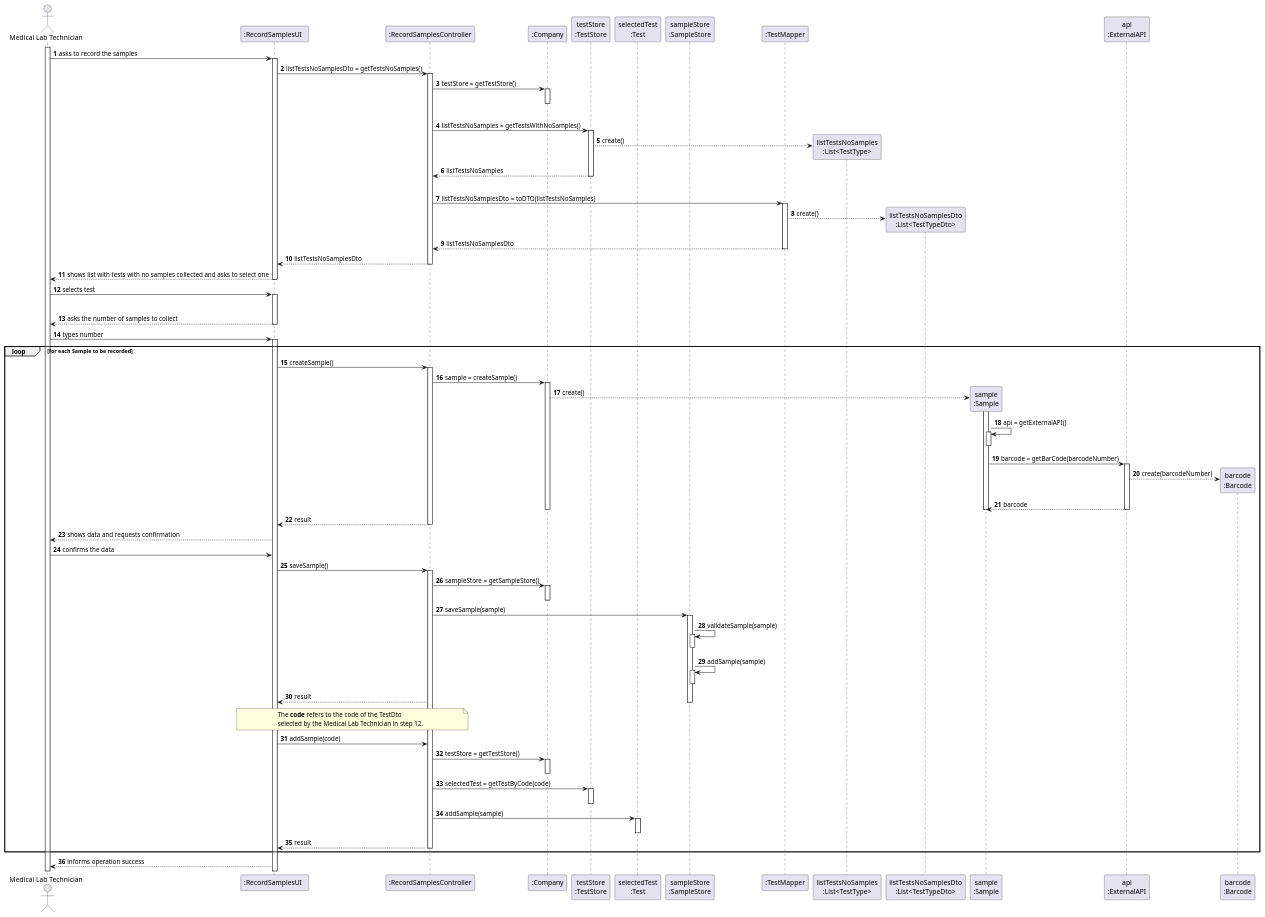
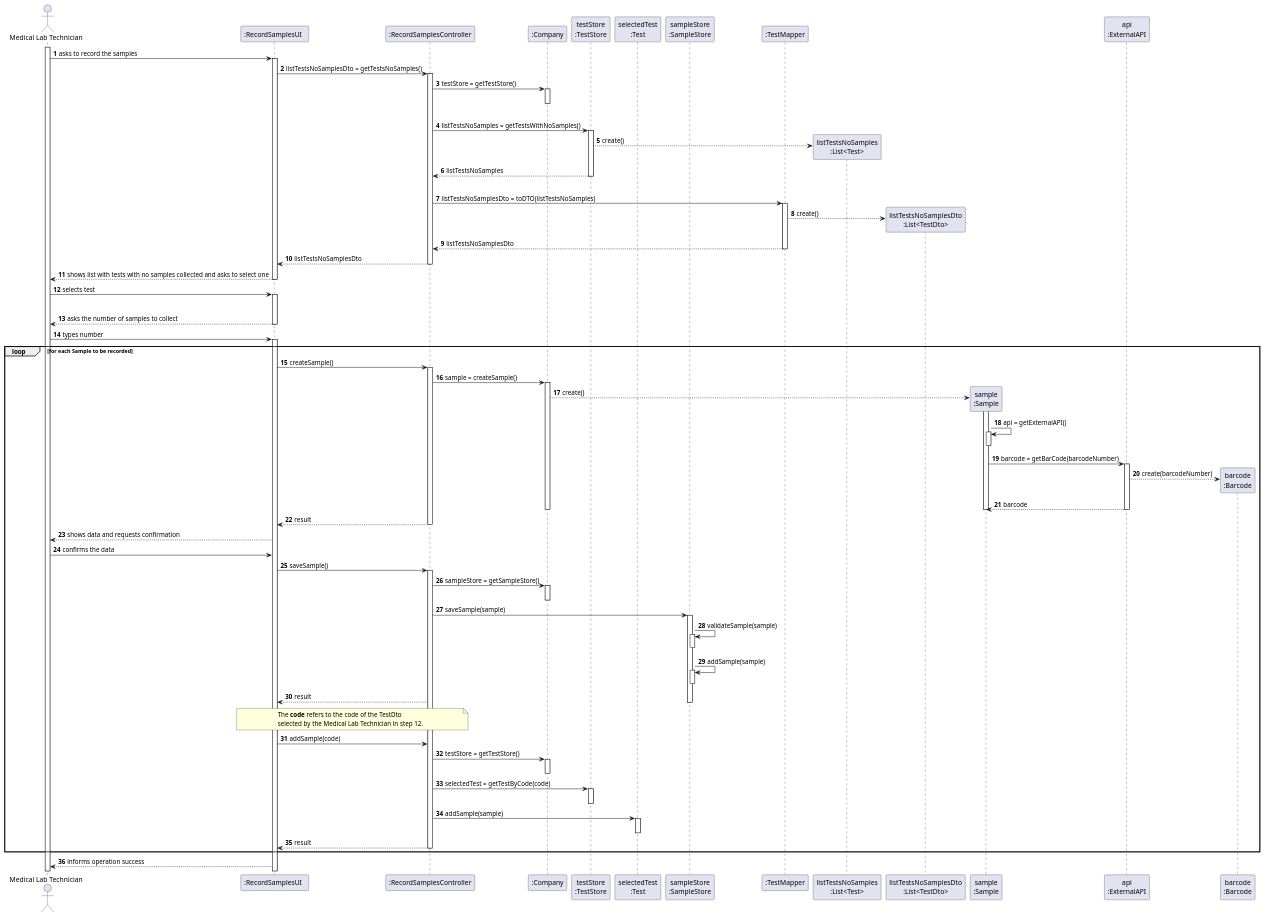
Before and after one commit to ana-albergaria/LAPR2-ISEP: the diagram in docs/SprintC/US_5/US5_SD.puml, drawn with PlantUML. The commit also changed 8 other files, not shown here.

```diff
--- a/docs/SprintC/US_5/US5_SD.puml
+++ b/docs/SprintC/US_5/US5_SD.puml
@@ -1,192 +1,192 @@
 @startuml
 
 autonumber
 
 actor "Medical Lab Technician" as MLT
 
 participant ":RecordSamplesUI  " as UI
 participant ":RecordSamplesController" as CTRL
 participant ":Company" as COMPANY
 participant "testStore\n:TestStore" as TEST_STORE
 participant "selectedTest\n:Test" as SELECTED_TEST
 participant "sampleStore\n:SampleStore" as SAMPLE_STORE
 participant ":TestMapper" as TEST_MAPPER
-participant "listTestsNoSamples\n:List<TestType>" as LIST_TESTS_NO_SAMPLES
-participant "listTestsNoSamplesDto\n:List<TestTypeDto>" as LIST_TESTS_NO_SAMPLES_DTO
+participant "listTestsNoSamples\n:List<Test>" as LIST_TESTS_NO_SAMPLES
+participant "listTestsNoSamplesDto\n:List<TestDto>" as LIST_TESTS_NO_SAMPLES_DTO
 participant "sample\n:Sample" as SAMPLE
 participant "api\n:ExternalAPI" as API
 participant "barcode\n:Barcode" as BARCODE
 
 activate MLT
 MLT -> UI : asks to record the samples
 activate UI
 
 UI -> CTRL : listTestsNoSamplesDto = getTestsNoSamples()
 activate CTRL
 
 CTRL -> COMPANY : testStore = getTestStore()
 activate COMPANY
 |||
 deactivate COMPANY
 
 CTRL -> TEST_STORE : listTestsNoSamples = getTestsWithNoSamples()
 activate TEST_STORE
 
 TEST_STORE --> LIST_TESTS_NO_SAMPLES** : create()
 
 TEST_STORE --> CTRL : listTestsNoSamples
 deactivate TEST_STORE
 |||
 
 CTRL -> TEST_MAPPER : listTestsNoSamplesDto = toDTO(listTestsNoSamples)
 activate TEST_MAPPER
 
 TEST_MAPPER --> LIST_TESTS_NO_SAMPLES_DTO** : create()
 
 TEST_MAPPER --> CTRL : listTestsNoSamplesDto
 deactivate TEST_MAPPER
 
 CTRL --> UI : listTestsNoSamplesDto
 deactivate CTRL
 
 UI --> MLT : shows list with tests with no samples collected and asks to select one
 deactivate UI
 
 
 MLT -> UI : selects test
 activate UI
 
 /'UI -> UI : selectedTestDto = (TestDto) Utils.showAndSelectOne(listTestWithNoSamplesDto, "msg")
 activate UI
 deactivate UI'/
 
 /'note over UI, CTRL
 The **code** refers to the code of the TestDto
 selected by the Medical Lab Technician.
 end note
 UI -> CTRL : selectedTest = getTestByCode(code)
 activate CTRL
 
 CTRL -> COMPANY : testStore = getTestStore()
 activate COMPANY
 deactivate COMPANY
 
 CTRL -> TEST_STORE : selectedTest = getTestByCode(code)
 activate TEST_STORE
 TEST_STORE --> SELECTED_TEST** : create()
 TEST_STORE --> CTRL : selectedTest
 deactivate TEST_STORE
 
 CTRL --> UI : selectedTest'/
 
 deactivate CTRL
 
 
 UI --> MLT : asks the number of samples to collect
 deactivate UI
 
 MLT -> UI : types number
 activate UI
 
 loop for each Sample to be recorded
 UI -> CTRL : createSample()
 activate CTRL
 
 CTRL -> COMPANY : sample = createSample()
 activate COMPANY
 
 COMPANY --> SAMPLE** : create()
 
 
 activate SAMPLE
 
 
 SAMPLE -> SAMPLE : api = getExternalAPI()
 activate SAMPLE
 deactivate SAMPLE
 
 
 
 SAMPLE -> API : barcode = getBarCode(barcodeNumber)
 activate API
 
 API --> BARCODE** : create(barcodeNumber)
 
 API --> SAMPLE : barcode
 deactivate SAMPLE
 deactivate COMPANY
 deactivate API
 
 CTRL --> UI : result
 deactivate CTRL
 
 
 
 UI --> MLT : shows data and requests confirmation
 
 MLT -> UI : confirms the data
 
 UI -> CTRL : saveSample()
 activate CTRL
 
 CTRL -> COMPANY : sampleStore = getSampleStore()
 activate COMPANY
 deactivate COMPANY
 
 CTRL -> SAMPLE_STORE : saveSample(sample)
 activate SAMPLE_STORE
 
 
 SAMPLE_STORE -> SAMPLE_STORE : validateSample(sample)
 activate SAMPLE_STORE
 deactivate SAMPLE_STORE
 
 SAMPLE_STORE -> SAMPLE_STORE : addSample(sample)
 activate SAMPLE_STORE
 deactivate SAMPLE_STORE
 
 CTRL --> UI : result
 
 deactivate SAMPLE_STORE
 
 
 
 note over UI, CTRL
 The **code** refers to the code of the TestDto
 selected by the Medical Lab Technician in step 12.
 end note
 UI -> CTRL : addSample(code)
 
 
 
 
 CTRL -> COMPANY : testStore = getTestStore()
 activate COMPANY
 deactivate COMPANY
 
 CTRL -> TEST_STORE : selectedTest = getTestByCode(code)
 activate TEST_STORE
 deactivate TEST_STORE
 
 CTRL -> SELECTED_TEST : addSample(sample)
 activate SELECTED_TEST
 deactivate SELECTED_TEST
 
 
 /'dentro do método addSample, vai-se verificar se a sample já está lá?'/
 
 CTRL --> UI : result
 
 deactivate CTRL
 
 end
 
 UI --> MLT : informs operation success
 
 
 /'colocar requests confirmation
 e confirms the data em cima'/
 
 
 
 @enduml
```
